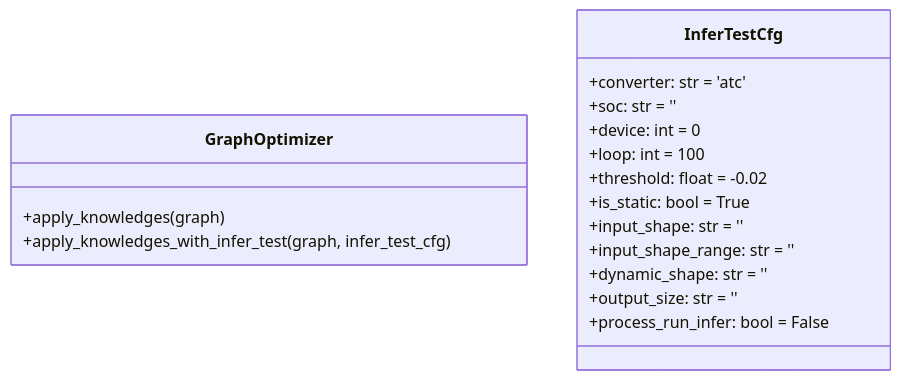
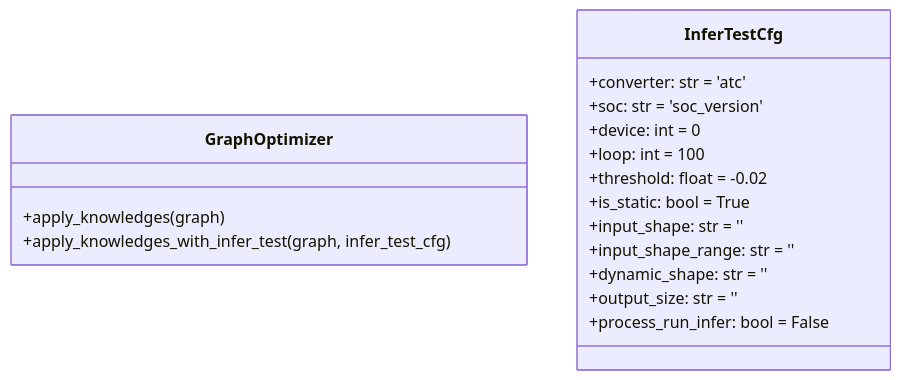
Before and after one commit to Ascend/msit: the diagram in msit/components/debug/surgeon/docs/graph_optimizer/graph_optimizer.md, drawn with Mermaid. The commit also changed other lines of this file and 1 other file, not shown here.

Commit message:
【资料】去除310IDUO错误的产品形态描述

````diff
--- a/msit/components/debug/surgeon/docs/graph_optimizer/graph_optimizer.md
+++ b/msit/components/debug/surgeon/docs/graph_optimizer/graph_optimizer.md
@@ -11,21 +12,21 @@
 ```mermaid
 classDiagram
     class GraphOptimizer {
         +apply_knowledges(graph)
         +apply_knowledges_with_infer_test(graph, infer_test_cfg)
     }
 
     class InferTestCfg {
         +converter: str = 'atc'
-        +soc: str = '<soc_version>'
+        +soc: str = 'soc_version'
         +device: int = 0
         +loop: int = 100
         +threshold: float = -0.02
         +is_static: bool = True
         +input_shape: str = ''
         +input_shape_range: str = ''
         +dynamic_shape: str = ''
         +output_size: str = ''
         +process_run_infer: bool = False
     }
 ```
````
